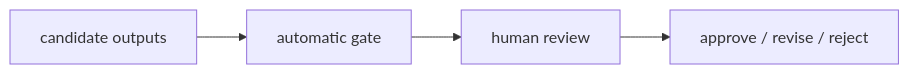
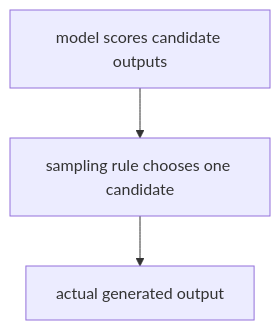
The first of 2 diagrams in docs/parts/part-05/chapter-15/section-02.md (devchan64/AiBook), drawn with Mermaid before and after one commit. The commit also changed other lines of this file and 213 other files, not shown here.

````diff
--- a/docs/parts/part-05/chapter-15/section-02.md
+++ b/docs/parts/part-05/chapter-15/section-02.md
@@ -132,11 +130,9 @@
 ```mermaid
-flowchart LR
-  A["candidate outputs"]
-  B["automatic gate"]
-  C["human review"]
-  D["approve / revise / reject"]
+flowchart TD
+  A["model scores candidate outputs"]
+  B["sampling rule chooses one candidate"]
+  C["actual generated output"]
 
   A --> B
   B --> C
-  C --> D
 ```
````
